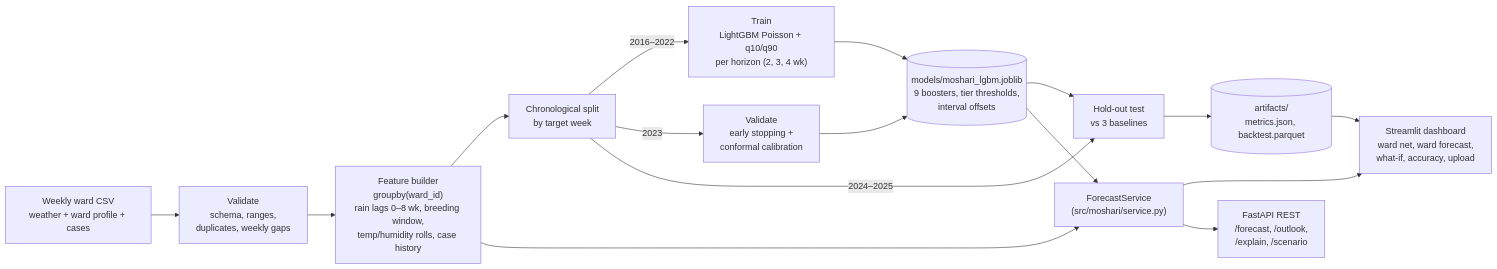
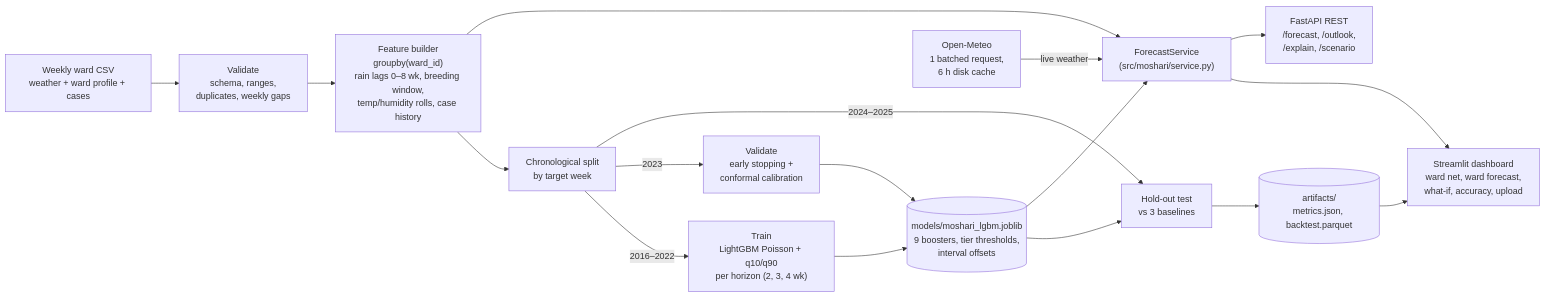
One commit to yasinDoc/moshari changed the diagram in ARCHITECTURE.md. Above: the diagram before and after it, drawn with Mermaid. The commit also changed other lines of this file and 21 other files, not shown here.

First line of the commit message:
Add live Open-Meteo outlook, alert on-time metric, uv setup and new demo script

````diff
--- a/ARCHITECTURE.md
+++ b/ARCHITECTURE.md
@@ -7,17 +7,18 @@
 ```mermaid
 flowchart LR
     A["Weekly ward CSV<br/>weather + ward profile + cases"] --> B["Validate<br/>schema, ranges,<br/>duplicates, weekly gaps"]
     B --> C["Feature builder<br/>groupby(ward_id)<br/>rain lags 0–8 wk, breeding window,<br/>temp/humidity rolls, case history"]
     C --> D["Chronological split<br/>by target week"]
     D -->|"2016–2022"| E["Train<br/>LightGBM Poisson + q10/q90<br/>per horizon (2, 3, 4 wk)"]
     D -->|"2023"| F["Validate<br/>early stopping +<br/>conformal calibration"]
     E --> G[("models/moshari_lgbm.joblib<br/>9 boosters, tier thresholds,<br/>interval offsets")]
     F --> G
     D -->|"2024–2025"| H["Hold-out test<br/>vs 3 baselines"]
     G --> H --> I[("artifacts/<br/>metrics.json, backtest.parquet")]
     G --> J["ForecastService<br/>(src/moshari/service.py)"]
     C --> J
     J --> K["Streamlit dashboard<br/>ward net, ward forecast,<br/>what-if, accuracy, upload"]
     J --> L["FastAPI REST<br/>/forecast, /outlook,<br/>/explain, /scenario"]
+    M["Open-Meteo<br/>1 batched request,<br/>6 h disk cache"] -->|"live weather"| J
     I --> K
 ```
````
